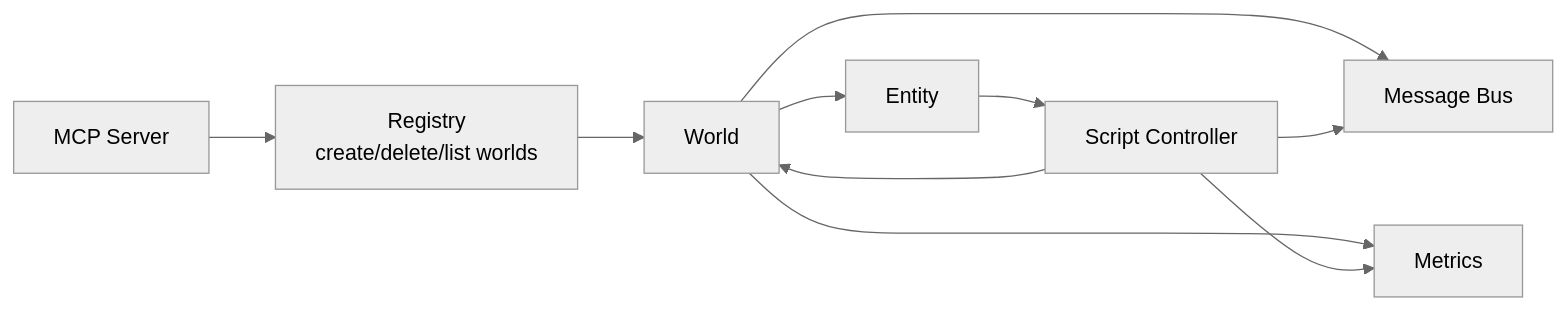
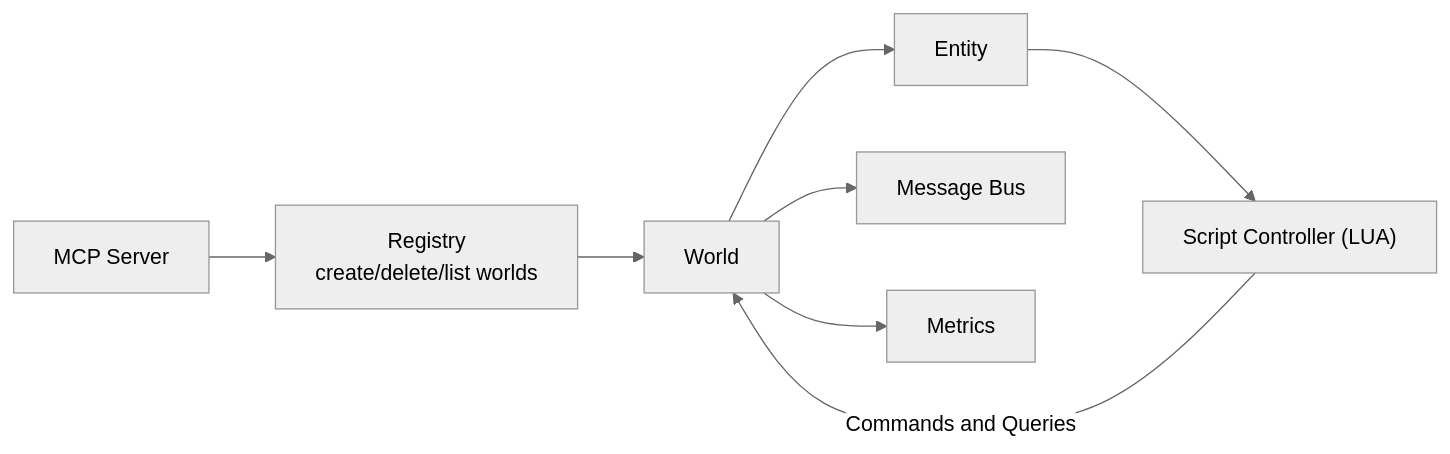
The diagram in content/posts/05-ai-agent-sim/index.md (MartinKuzma/martinkuzma.github.io), drawn with Mermaid (neutral theme) before and after one commit. The commit also changed other lines of this file and 2 other files, not shown here.

```diff
--- a/content/posts/05-ai-agent-sim/index.md
+++ b/content/posts/05-ai-agent-sim/index.md
@@ -45,14 +45,11 @@
 {{<mermaid>}}
 graph LR
     MCP["MCP Server"]
     MCP -->Registry["Registry<br/>create/delete/list worlds"]
     Registry -->World["World"]
     World -->Entities["Entity"]
     World -->MessageBus["Message Bus"]
     World -->Metrics["Metrics"]
-    Entities -->LuaCtrl["Script Controller"]
-
-    LuaCtrl-->MessageBus
-    LuaCtrl-->Metrics
-    LuaCtrl-->World
+    Entities -->LuaCtrl["Script Controller (LUA)"]    
+    LuaCtrl-->|Commands and Queries|World
 {{</mermaid>}}
```
